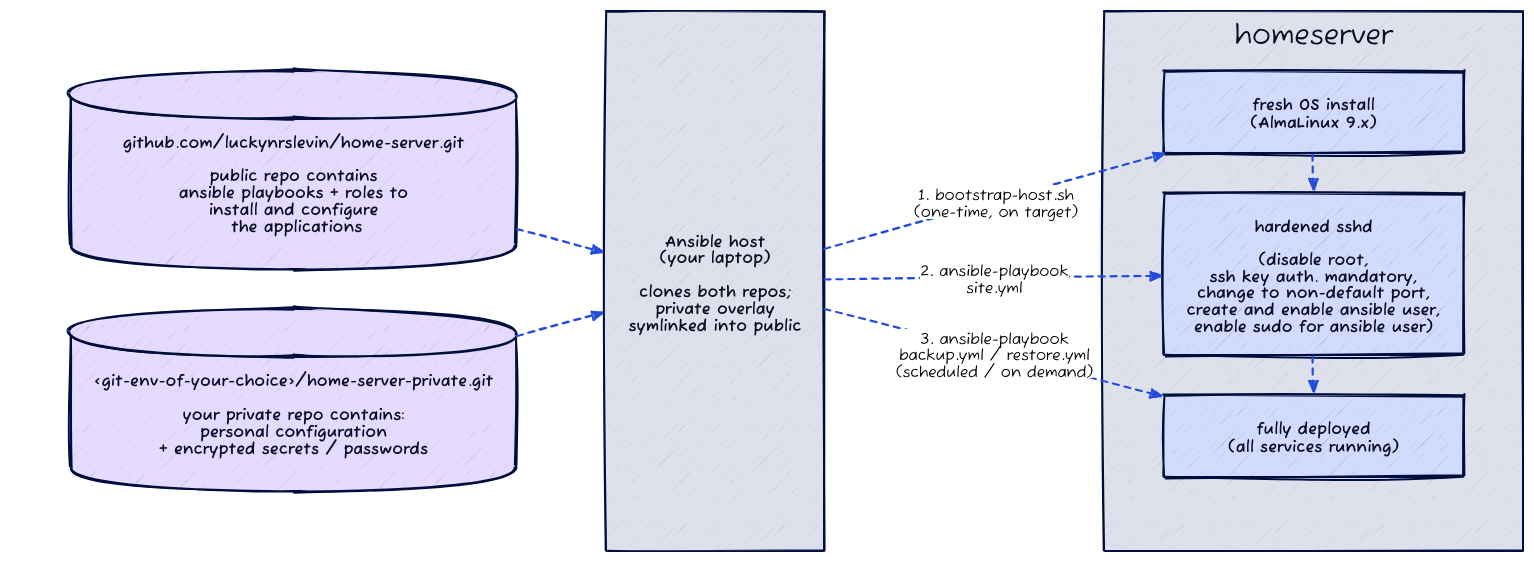
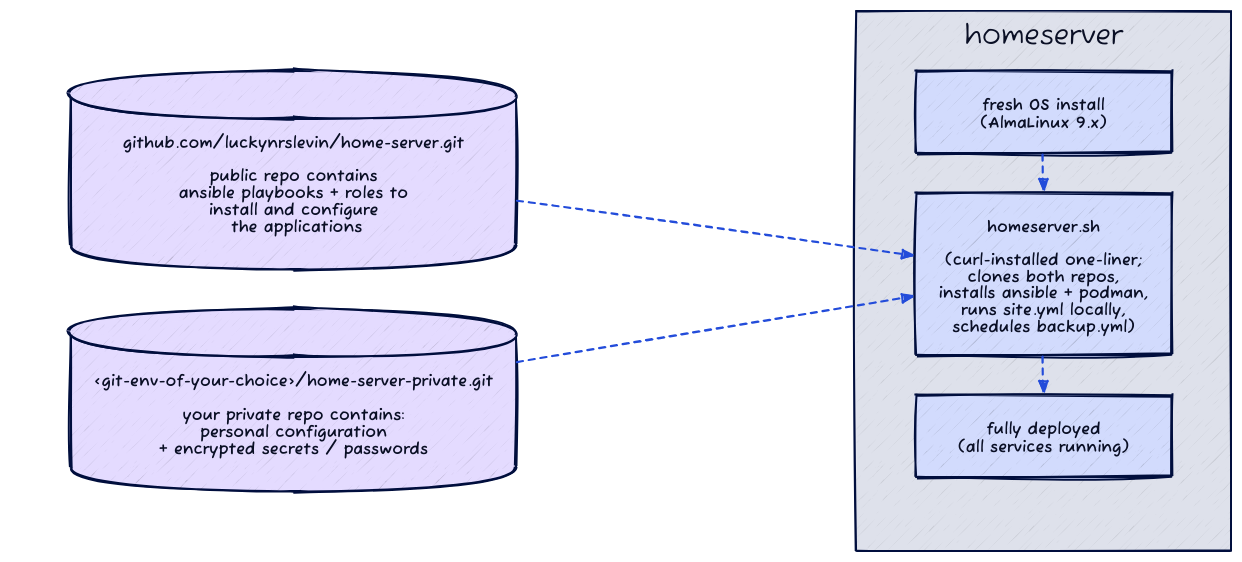
Before and after one commit to luckynrslevin/home-server: the diagram in docs/diagrams/automation.d2, drawn with D2. The commit also changed 1 other file, not shown here.

Commit message:
docs(diagram): swap Ansible-host column for homeserver.sh entrypoint (#231)
The original automation diagram showed a three-stage flow with a
separate Ansible-host column driving the target via SSH. The
current reality: homeserver.sh is bootstrapped on the target via
a curl one-liner and drives the whole install locally.

- Drop the laptop column + the three step-labeled arrows that
  originated from it.
- Rename the hardened-sshd box to homeserver.sh with a description
  of what it does (clones both repos, installs ansible+podman,
  runs site.yml locally, schedules backup.yml).
- Repos now flow directly into the homeserver.sh box.
- Re-render automation.svg.

```diff
--- a/docs/diagrams/automation.d2
+++ b/docs/diagrams/automation.d2
@@ -1,112 +1,82 @@
 # Automation perspective: who does what, in which order, to bring a
 # fresh box up to a fully-deployed homeserver.
 #
 # Render: d2 docs/diagrams/automation.d2 docs/diagrams/automation.svg
 
-# Top-level 3-column grid forces repos | laptop | target left-to-right
-# regardless of edge directions (which would otherwise pull target below
-# laptop because of the back-edges from laptop to target.*).
+# Top-level 2-column grid: repos | target. homeserver.sh runs on the
+# target (curl one-liner bootstraps it) and drives the whole install
+# locally, so there's no separate Ansible-host column anymore.
 vars: {
   d2-config: {
     theme-id: 3 # terrastruct
     sketch: true
     layout-engine: elk
   }
   colors: {
     c2: "#C7F1FF" # light turkuaz
     c3: "#B5AFF6" # dark purple
     c4: "#DEE1EB" # gray
     c5: "#88DCF7" # turkuaz
     c6: "#E4DBFE" # purple
   }
 }
 
-grid-columns: 4
+grid-columns: 3
 horizontal-gap: 30
 
 repos: "" {
   style.opacity: 0
   style.fill: "#ffffff"
   grid-rows: 2
 
   pubrepo: "github.com/luckynrslevin/home-server.git\n\npublic repo contains\nansible playbooks + roles to\ninstall and configure\n the applications" {
     shape: cylinder
   }
 
   privrepo: "<git-env-of-your-choice>/home-server-private.git\n\nyour private repo contains:\npersonal configuration\n+ encrypted secrets / passwords" {
     shape: cylinder
   }
 }
 
-laptop: "Ansible host\n(your laptop)\n\nclones both repos;\nprivate overlay\nsymlinked into public" {
-  style.fill: ${colors.c4}
-}
-
 spacer: "" {
   style.opacity: 0
   style.fill: "#ffffff"
   width: 220
 }
 
 target: "homeserver" {
   label.near: top-center
   grid-columns: 1
   style.fill: ${colors.c4}
 
   fresh: "fresh OS install\n(AlmaLinux 9.x)"
-  hardened: "hardened sshd\n\n(disable root,\nssh key auth. mandatory,\nchange to non-default port,\ncreate and enable ansible user,\nenable sudo for ansible user)"
+  homeserver_sh: "homeserver.sh\n\n(curl-installed one-liner;\nclones both repos,\ninstalls ansible + podman,\nruns site.yml locally,\nschedules backup.yml)"
   deployed: "fully deployed\n(all services running)"
 }
 
-repos.pubrepo -> laptop {
+repos.pubrepo -> target.homeserver_sh {
   style: {
     stroke-dash: 3
     animated: true
   }
 }
-repos.privrepo -> laptop {
+repos.privrepo -> target.homeserver_sh {
   style: {
     stroke-dash: 3
     animated: true
   }
 }
 
-laptop -> target.fresh: "1. bootstrap-host.sh\n(one-time, on target)" {
-    style: {
-    stroke-dash: 3
-    font-color: black
-    animated: true
-    font-size: 15
-  }
-}
-
-target.fresh -> target.hardened {
-  style: {
-    stroke-dash: 3
-    animated: true
-  }
-}
-laptop -> target.hardened: "2. ansible-playbook\nsite.yml" {
-  style: {
-    stroke-dash: 3
-    font-color: black
-    animated: true
-    font-size: 15
-  }
-}
-
-target.hardened -> target.deployed {
+target.fresh -> target.homeserver_sh {
   style: {
     stroke-dash: 3
     animated: true
   }
 }
 
-laptop -> target.deployed: "3. ansible-playbook\nbackup.yml / restore.yml\n(scheduled / on demand)" {
+target.homeserver_sh -> target.deployed {
   style: {
     stroke-dash: 3
-    font-color: black
     animated: true
-    font-size: 15
   }
 }
```
